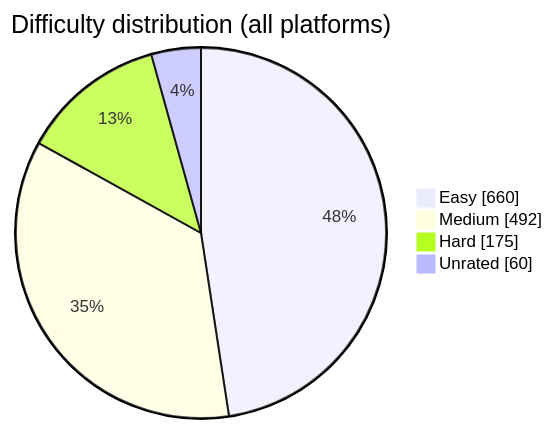
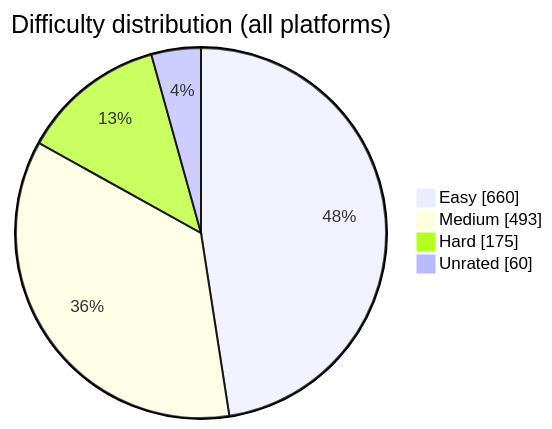
Before and after one commit to BuildbyArindam/Daily-Coding-Log: the diagram in README.md, drawn with Mermaid. The commit also changed other lines of this file, not shown here.

````diff
--- a/README.md
+++ b/README.md
@@ -93,7 +93,7 @@
 ```mermaid
 pie showData title Difficulty distribution (all platforms)
     "Easy" : 660
-    "Medium" : 492
+    "Medium" : 493
     "Hard" : 175
     "Unrated" : 60
 ```
````
